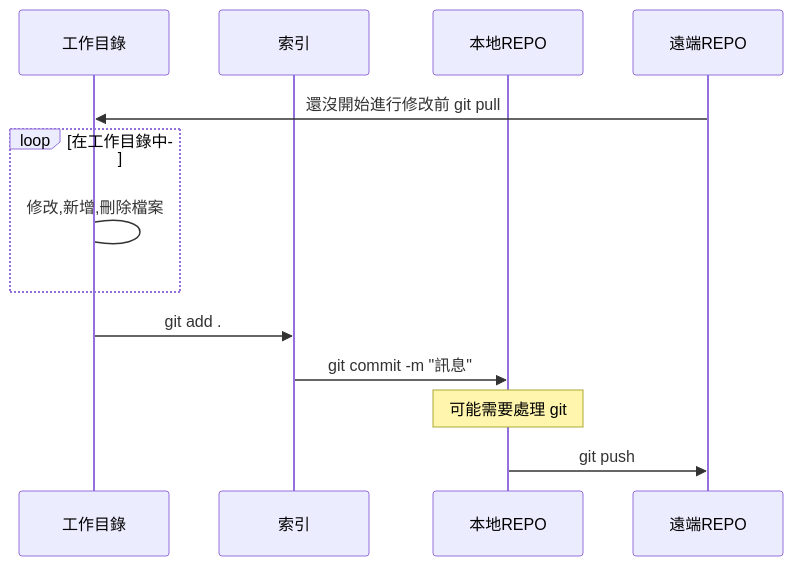
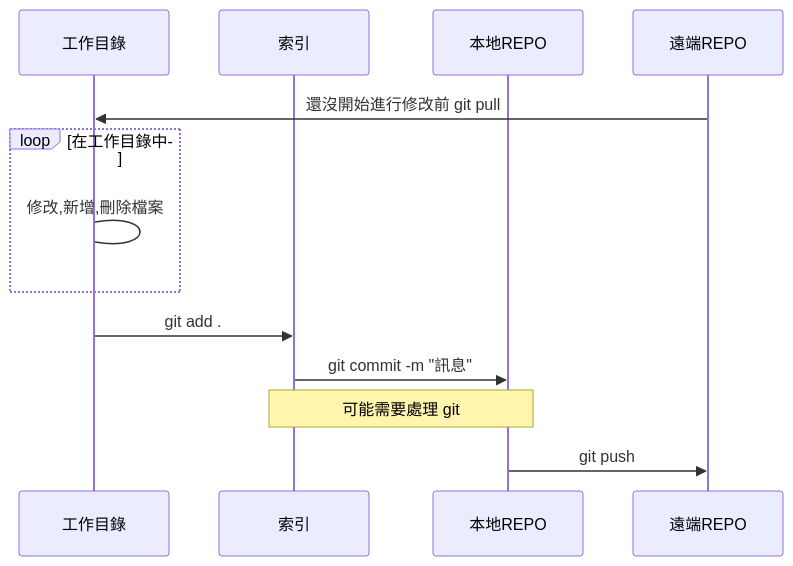
One commit to airbone4/home2026 changed the third of 3 diagrams in test.md. Above: the diagram before and after it, drawn with Mermaid.

Commit message:
Update note on git commit process

````diff
--- a/test.md
+++ b/test.md
@@ -25,16 +25,16 @@
 ```mermaid
 sequenceDiagram
     participant 工作目錄
     participant 索引
     participant 本地REPO
     participant 遠端REPO
     遠端REPO->>工作目錄: 還沒開始進行修改前 git pull
     loop 在工作目錄中
      工作目錄->工作目錄: 修改,新增,刪除檔案
     end
     工作目錄->>索引:git add .
     索引->>本地REPO:git commit -m "訊息"
-    note over 本地REPO: 可能需要處理 git 
+    note over 索引,本地REPO: 可能需要處理 git 
     本地REPO->>遠端REPO: git push
  
 ```
````
